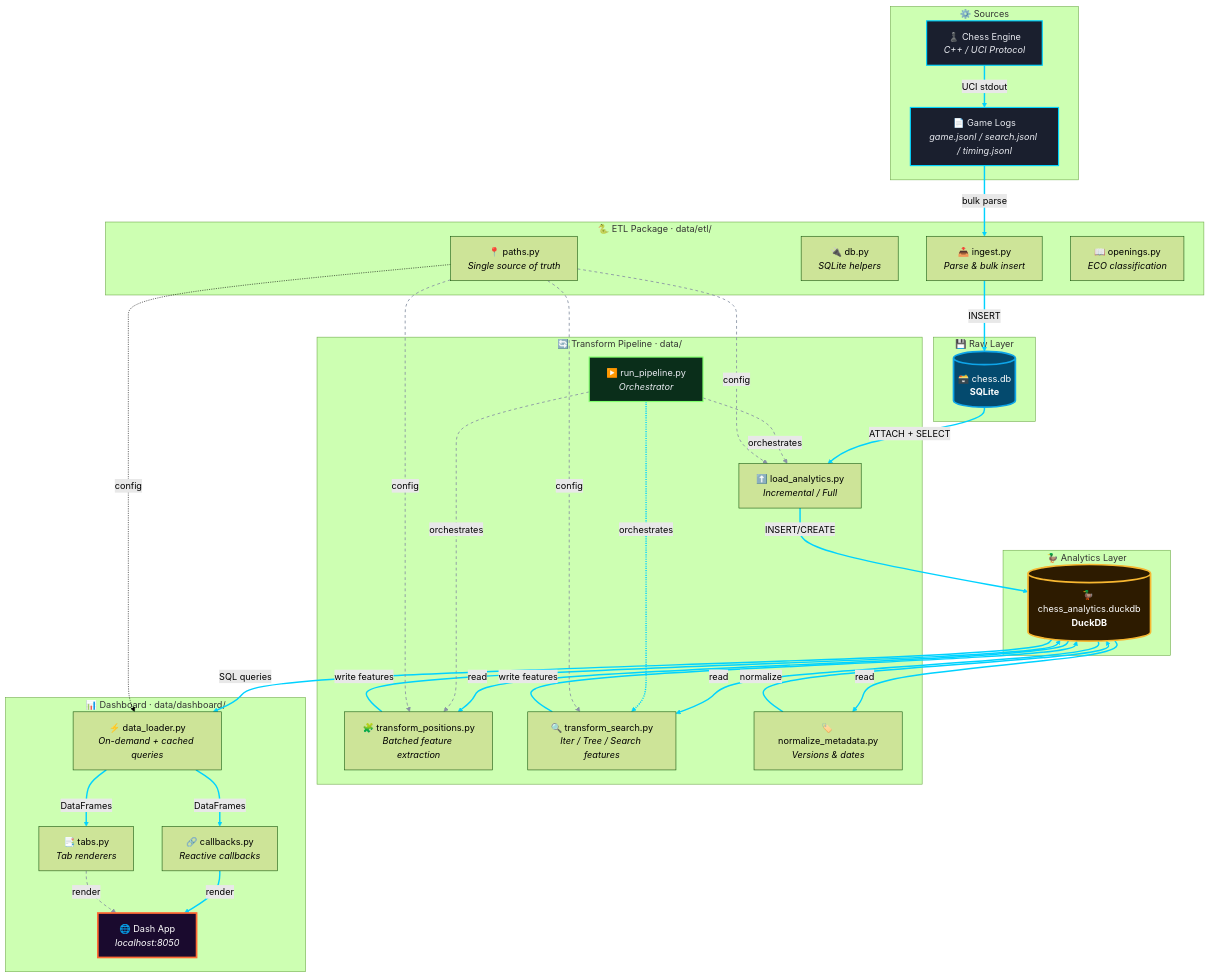
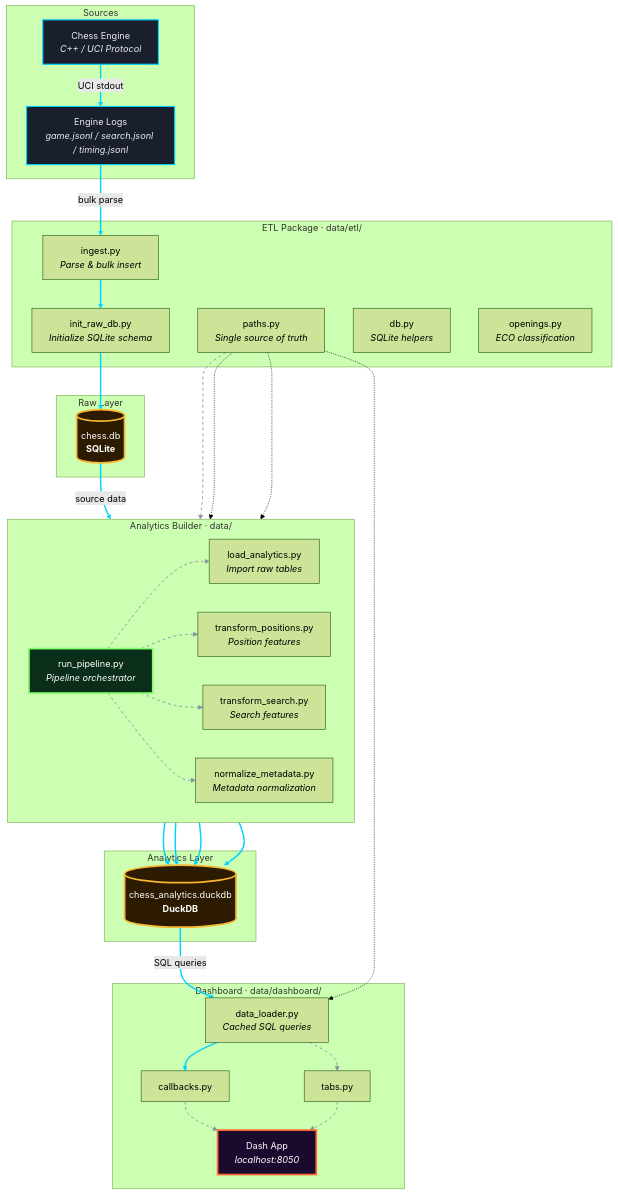
The diagram in docs/data_architecture.md (maxolek/chess), drawn with Mermaid (forest theme) before and after one commit. The commit also changed 25 other files, not shown here.

Commit message:
config implementation + data tracking improvements + more uci interactions

````diff
--- a/docs/data_architecture.md
+++ b/docs/data_architecture.md
@@ -5,71 +1,84 @@
 ```mermaid
 graph TD
-    subgraph Sources["⚙️ Sources"]
-        ENG["♟️ Chess Engine<br/><i>C++ / UCI Protocol</i>"]
-        LOGS["📄 Game Logs<br/><i>game.jsonl / search.jsonl / timing.jsonl</i>"]
+    subgraph Sources["Sources"]
+        ENG["Chess Engine<br/><i>C++ / UCI Protocol</i>"]
+        LOGS["Engine Logs<br/><i>game.jsonl / search.jsonl / timing.jsonl</i>"]
     end
 
-    subgraph ETL["🐍 ETL Package · data/etl/"]
-        ING["📥 ingest.py<br/><i>Parse & bulk insert</i>"]
-        DB["🔌 db.py<br/><i>SQLite helpers</i>"]
-        PATHS["📍 paths.py<br/><i>Single source of truth</i>"]
-        OPEN["📖 openings.py<br/><i>ECO classification</i>"]
+    subgraph ETL["ETL Package · data/etl/"]
+        ING["ingest.py<br/><i>Parse & bulk insert</i>"]
+        RAW["init_raw_db.py<br/><i>Initialize SQLite schema</i>"]
+        PATHS["paths.py<br/><i>Single source of truth</i>"]
+        DB["db.py<br/><i>SQLite helpers</i>"]
+        OPEN["openings.py<br/><i>ECO classification</i>"]
     end
 
-    subgraph Raw["💾 Raw Layer"]
-        SQLITE[("🗃️ chess.db<br/><b>SQLite</b>")]
+    subgraph Raw["Raw Layer"]
+        SQLITE[("chess.db<br/><b>SQLite</b>")]
     end
 
-    subgraph Transform["🔄 Transform Pipeline · data/"]
-        LOAD["⬆️ load_analytics.py<br/><i>Incremental / Full</i>"]
-        TP["🧩 transform_positions.py<br/><i>Batched feature extraction</i>"]
-        TS["🔍 transform_search.py<br/><i>Iter / Tree / Search features</i>"]
-        NM["🏷️ normalize_metadata.py<br/><i>Versions & dates</i>"]
-        RUN["▶️ run_pipeline.py<br/><i>Orchestrator</i>"]
+    subgraph Builder["Analytics Builder · data/"]
+        RUN["run_pipeline.py<br/><i>Pipeline orchestrator</i>"]
+
+        LOAD["load_analytics.py<br/><i>Import raw tables</i>"]
+        TP["transform_positions.py<br/><i>Position features</i>"]
+        TS["transform_search.py<br/><i>Search features</i>"]
+        NM["normalize_metadata.py<br/><i>Metadata normalization</i>"]
+
+        direction LR
+        LOAD
+        TP
+        TS
+        NM
+        
     end
 
-    subgraph Analytics["🦆 Analytics Layer"]
-        DUCK[("🦆 chess_analytics.duckdb<br/><b>DuckDB</b>")]
+    subgraph Analytics["Analytics Layer"]
+        DUCK[("chess_analytics.duckdb<br/><b>DuckDB</b>")]
     end
 
-    subgraph Dashboard["📊 Dashboard · data/dashboard/"]
-        DL["⚡ data_loader.py<br/><i>On-demand + cached queries</i>"]
-        CB["🔗 callbacks.py<br/><i>Reactive callbacks</i>"]
-        TABS["📑 tabs.py<br/><i>Tab renderers</i>"]
-        APP["🌐 Dash App<br/><i>localhost:8050</i>"]
+    subgraph Dashboard["Dashboard · data/dashboard/"]
+        DL["data_loader.py<br/><i>Cached SQL queries</i>"]
+        CB["callbacks.py"]
+        TABS["tabs.py"]
+        APP["Dash App<br/><i>localhost:8050</i>"]
     end
 
-    ENG ==>|"UCI stdout"| LOGS
-    LOGS ==>|"bulk parse"| ING
-    ING ==>|"INSERT"| SQLITE
-    SQLITE ==>|"ATTACH + SELECT"| LOAD
-    LOAD ==>|"INSERT/CREATE"| DUCK
-    DUCK ==>|"read"| TP
-    DUCK ==>|"read"| TS
-    DUCK ==>|"read"| NM
-    TP ==>|"write features"| DUCK
-    TS ==>|"write features"| DUCK
-    NM ==>|"normalize"| DUCK
-    RUN -.->|"orchestrates"| LOAD
-    RUN -.->|"orchestrates"| TP
-    RUN -.->|"orchestrates"| TS
-    DUCK ==>|"SQL queries"| DL
-    DL ==>|"DataFrames"| CB
-    DL ==>|"DataFrames"| TABS
-    CB ==>|"render"| APP
-    TABS ==>|"render"| APP
-    PATHS -.->|"config"| LOAD
-    PATHS -.->|"config"| TP
-    PATHS -.->|"config"| TS
-    PATHS -.->|"config"| DL
+    ENG -->|"UCI stdout"| LOGS
+    LOGS -->|"bulk parse"| ING
+    ING --> RAW
+    RAW --> SQLITE
+
+    SQLITE -->|"source data"| RUN
+
+    RUN -.-> LOAD
+    RUN -.-> TP
+    RUN -.-> TS
+    RUN -.-> NM
+
+    LOAD --> DUCK
+    TP --> DUCK
+    TS --> DUCK
+    NM --> DUCK
+
+    DUCK -->|"SQL queries"| DL
+    DL --> CB
+    DL --> TABS
+    CB --> APP
+    TABS --> APP
+
+    PATHS -.-> LOAD
+    PATHS -.-> TP
+    PATHS -.-> TS
+    PATHS -.-> DL
 
     style ENG fill:#1a1f2e,stroke:#00d2ff,stroke-width:2px,color:#e8eaf0
     style LOGS fill:#1a1f2e,stroke:#00d2ff,stroke-width:2px,color:#e8eaf0
-    style SQLITE fill:#044a6e,stroke:#0ea5e9,stroke-width:3px,color:#fff
+    style SQLITE fill:#2d1b00,stroke:#f7b731,stroke-width:3px,color:#fff
     style DUCK fill:#2d1b00,stroke:#f7b731,stroke-width:3px,color:#fff
     style APP fill:#1a0a2e,stroke:#ff6b35,stroke-width:3px,color:#fff
-    style RUN fill:#0a2e1a,stroke:#7fff6b,stroke-width:2px,color:#e8eaf0
+    style RUN fill:#0a2e1a,stroke:#7fff6b,stroke-width:3px,color:#fff
 
-    linkStyle 0,1,2,3,4,5,6,7,8,9,10,13,14,15,16,17 stroke:#00d2ff,stroke-width:2.5px
-    linkStyle 11,12,18,19,20,21 stroke:#8892a4,stroke-width:1.5px,stroke-dasharray:5
+    linkStyle 0,1,2,3,4,9,10,11,12,13,14 stroke:#00d2ff,stroke-width:2.5px
+    linkStyle 5,6,7,8,15,16,17,18 stroke:#8892a4,stroke-width:1.5px,stroke-dasharray:5
 ```
````
